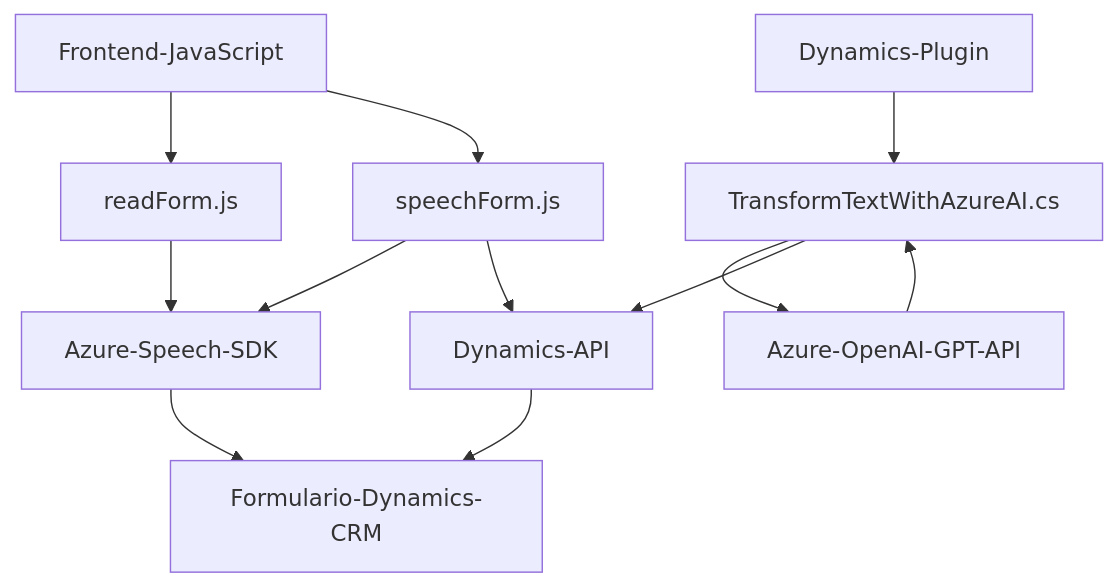
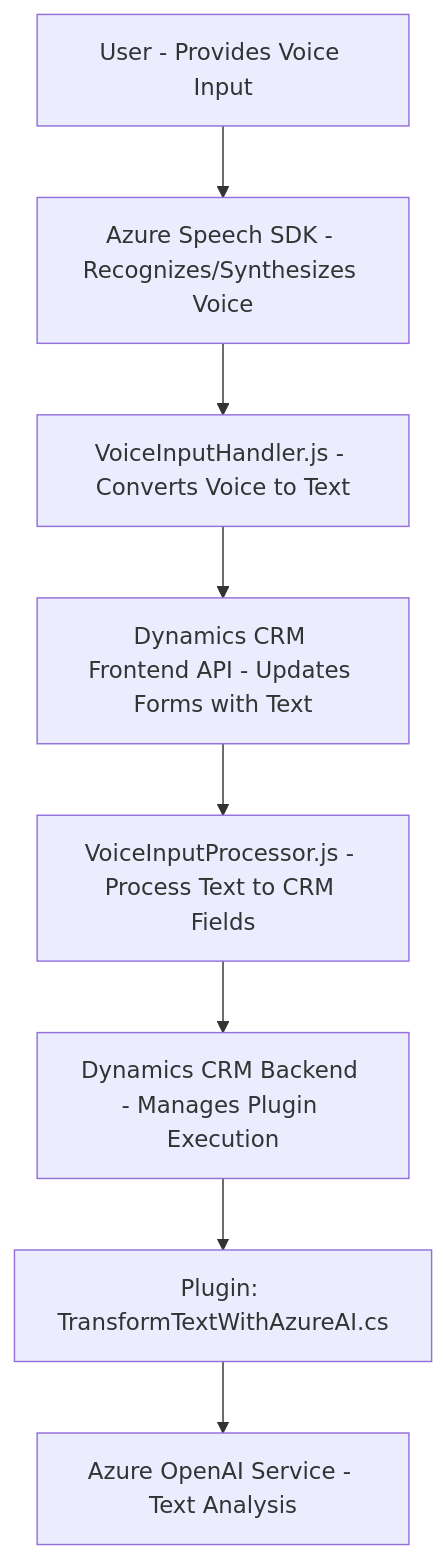
One commit to blopezdm/NETCORE_BILBAO2025 changed the diagram in README.md. Above: the diagram before and after it, drawn with Mermaid. The commit also changed other lines of this file, not shown here.

````diff
--- a/README.md
+++ b/README.md
@@ -44,14 +36,19 @@
 ```mermaid
 graph TD
-    A["Frontend-JavaScript"] --> B["readForm.js"]
-    A --> C["speechForm.js"]
-    B --> D["Azure-Speech-SDK"]
-    C --> D["Azure-Speech-SDK"]
-    C --> E["Dynamics-API"]
-    F["Dynamics-Plugin"] --> G["TransformTextWithAzureAI.cs"]
-    G --> H["Azure-OpenAI-GPT-API"]
-    G --> E["Dynamics-API"]
-    E --> I["Formulario-Dynamics-CRM"]
-    D --> I
-    H --> G
+    A["User - Provides Voice Input"]
+    B["VoiceInputHandler.js - Converts Voice to Text"]
+    C["Dynamics CRM Frontend API - Updates Forms with Text"]
+    D["VoiceInputProcessor.js - Process Text to CRM Fields"]
+    E["Dynamics CRM Backend - Manages Plugin Execution"]
+    F["Plugin: TransformTextWithAzureAI.cs"]
+    G["Azure OpenAI Service - Text Analysis"]
+    H["Azure Speech SDK - Recognizes/Synthesizes Voice"]
+
+    A --> H
+    H --> B
+    B --> C
+    C --> D
+    D --> E
+    E --> F
+    F --> G
 ```
````
